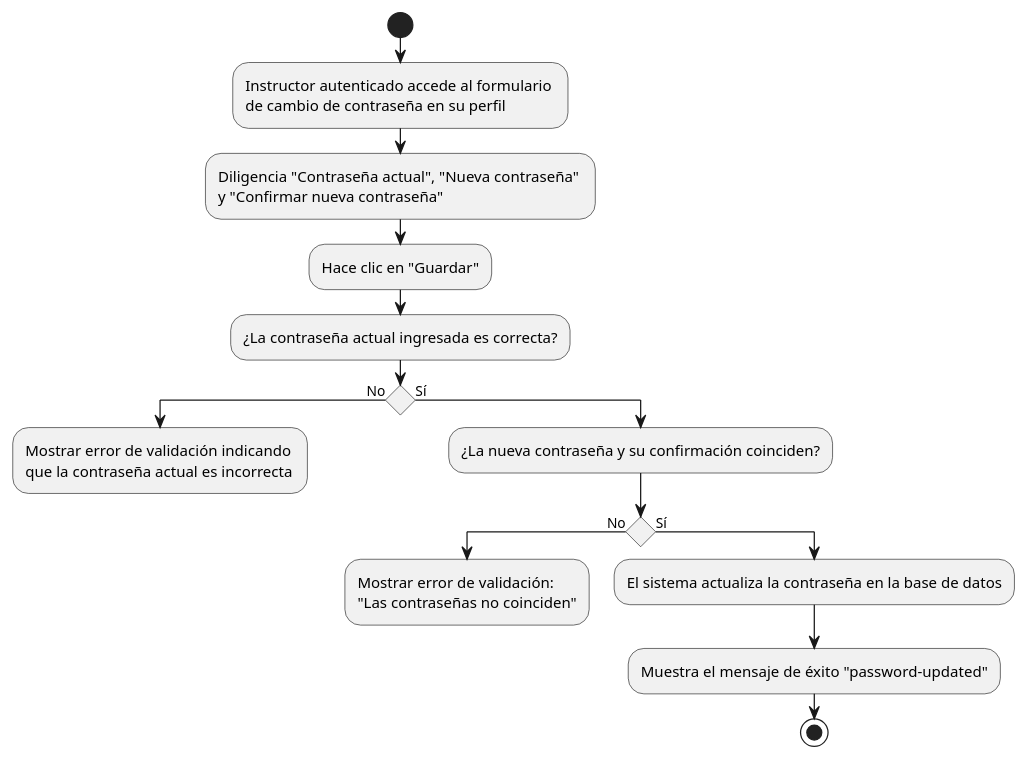
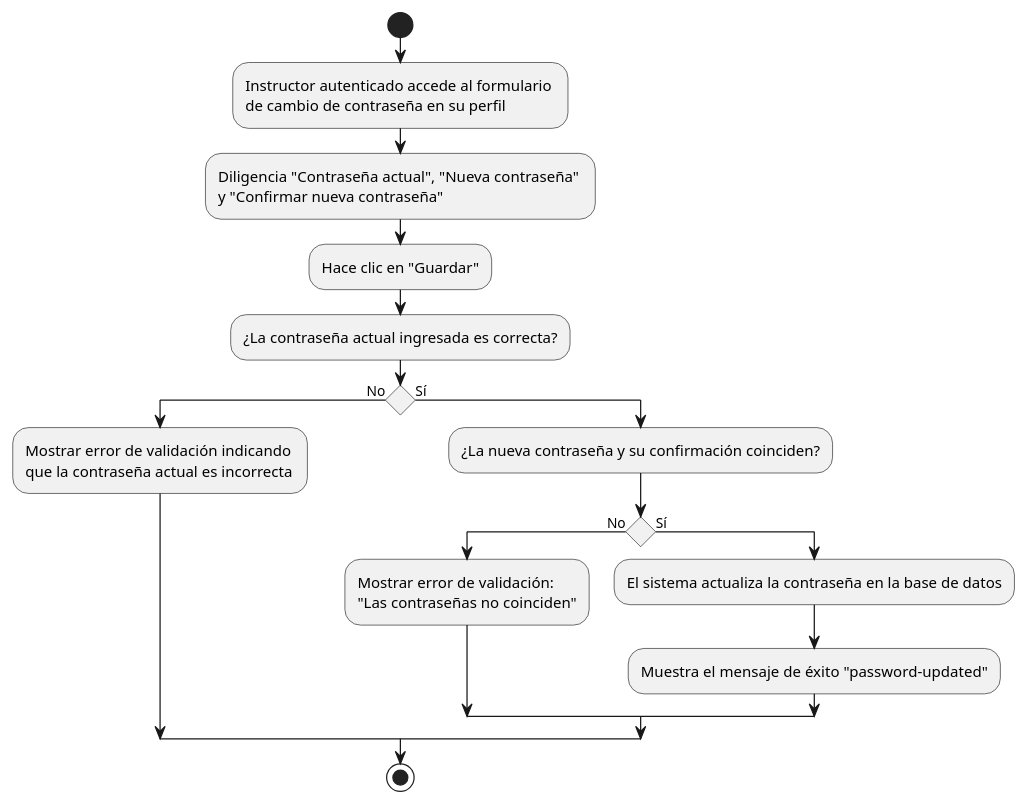
Before and after one commit to MasterErrorCLONE04/SIGERD.1.0: the diagram in document/diagrama_actividades/INS/INS-4.md, drawn with PlantUML. The commit also changed 28 other files, not shown here.

````diff
--- a/document/diagrama_actividades/INS/INS-4.md
+++ b/document/diagrama_actividades/INS/INS-4.md
@@ -17,28 +17,26 @@
 ```plantuml
 @startuml
 skinparam ConditionEndStyle hline
 
 start
 
 :Instructor autenticado accede al formulario \nde cambio de contraseña en su perfil;
 :Diligencia "Contraseña actual", "Nueva contraseña" \ny "Confirmar nueva contraseña";
 :Hace clic en "Guardar";
 
 :¿La contraseña actual ingresada es correcta?;
 if () then (No)
   :Mostrar error de validación indicando \nque la contraseña actual es incorrecta;
-  kill
 else (Sí)
   :¿La nueva contraseña y su confirmación coinciden?;
   if () then (No)
     :Mostrar error de validación: \n"Las contraseñas no coinciden";
-    kill
   else (Sí)
     :El sistema actualiza la contraseña en la base de datos;
     :Muestra el mensaje de éxito "password-updated";
-    stop
   endif
 endif
 
+stop
 @enduml
 ```
````
